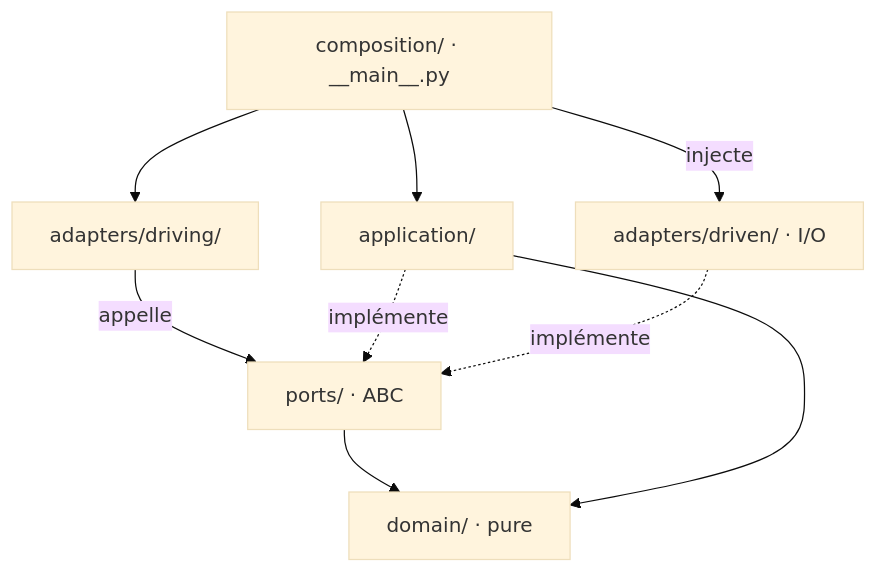
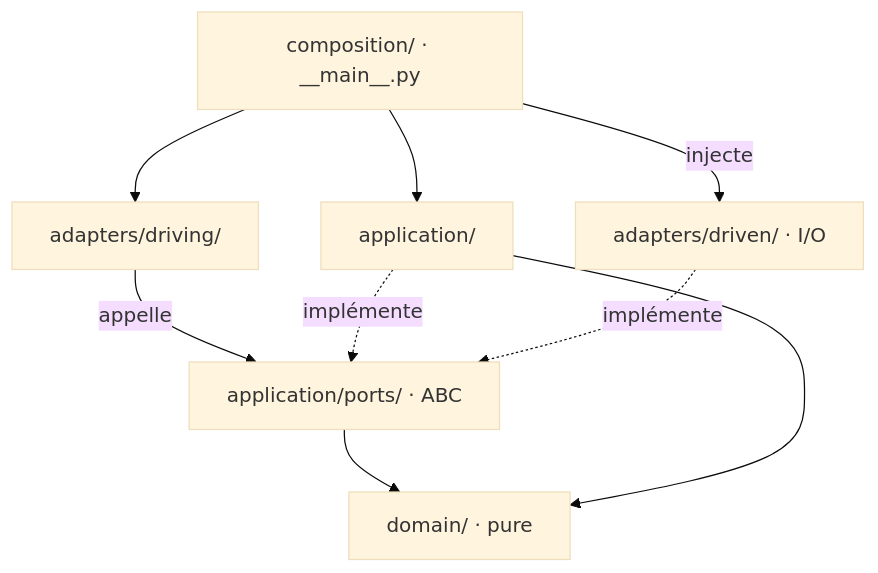
One commit to mission-titar/p2pwatch changed the fourth of 12 diagrams in docs/contributing/architecture.md. Above: the diagram before and after it, drawn with Mermaid (base theme). The commit also changed other lines of this file and 371 other files, not shown here.

First line of the commit message:
refactor: the ports, the use cases, the steps and the lifecycles in application/

````diff
--- a/docs/contributing/architecture.md
+++ b/docs/contributing/architecture.md
@@ -169,18 +169,18 @@
 ```mermaid
 flowchart TB
   comp["composition/ · __main__.py"]
   drivingAdp["adapters/driving/"]
   appl["application/"]
-  ports["ports/ · ABC"]
+  ports["application/ports/ · ABC"]
   dom["domain/ · pure"]
   drivenAdp["adapters/driven/ · I/O"]
 
   comp --> drivingAdp
   comp --> appl
   comp -->|injecte| drivenAdp
   drivingAdp -->|appelle| ports
   appl -.->|implémente| ports
   drivenAdp -.->|implémente| ports
   ports --> dom
   appl --> dom
 ```
````
